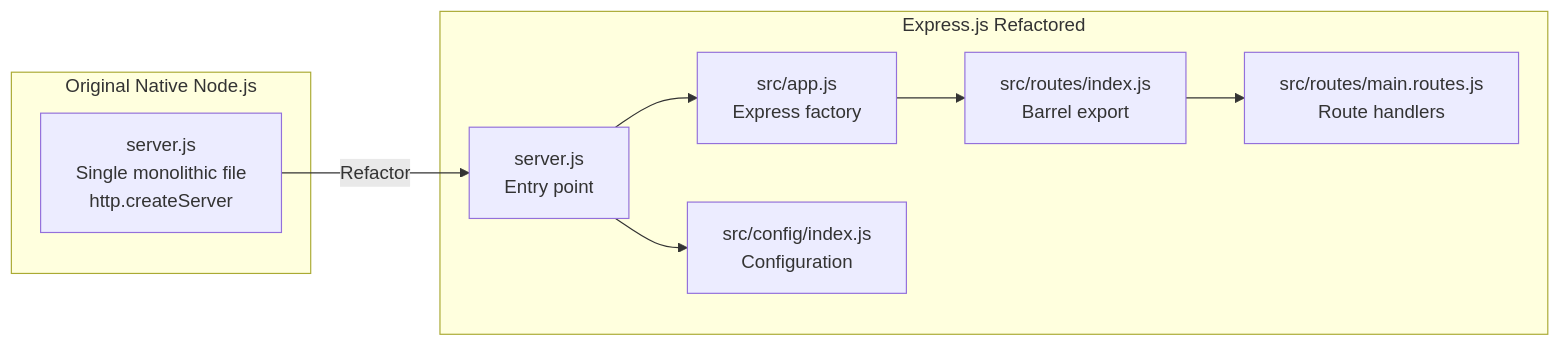
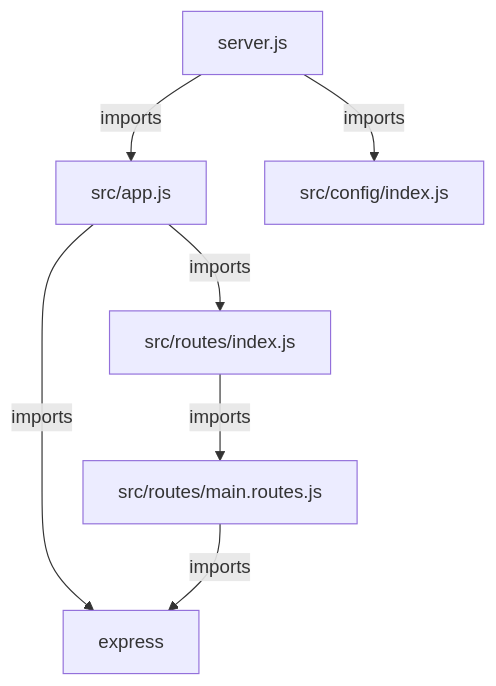
The first of 3 diagrams in blitzy/documentation/Technical Specifications.md (sudhanshu-spec/test-spec), drawn with Mermaid before and after one commit. The commit also changed other lines of this file, not shown here.

````diff
--- a/blitzy/documentation/Technical Specifications.md
+++ b/blitzy/documentation/Technical Specifications.md
@@ -64,20 +90,9 @@
 ```mermaid
-flowchart LR
-    subgraph Original["Original Native Node.js"]
-        A[server.js<br/>Single monolithic file<br/>http.createServer]
-    end
-    
-    subgraph Target["Express.js Refactored"]
-        B[server.js<br/>Entry point]
-        C[src/app.js<br/>Express factory]
-        D[src/config/index.js<br/>Configuration]
-        E[src/routes/index.js<br/>Barrel export]
-        F[src/routes/main.routes.js<br/>Route handlers]
-    end
-    
-    A -->|"Refactor"| B
-    B --> C
-    B --> D
-    C --> E
-    E --> F
+graph TD
+    A[server.js] -->|imports| B[src/app.js]
+    A -->|imports| C[src/config/index.js]
+    B -->|imports| D[src/routes/index.js]
+    B -->|imports| E[express]
+    D -->|imports| F[src/routes/main.routes.js]
+    F -->|imports| E
 ```
````
